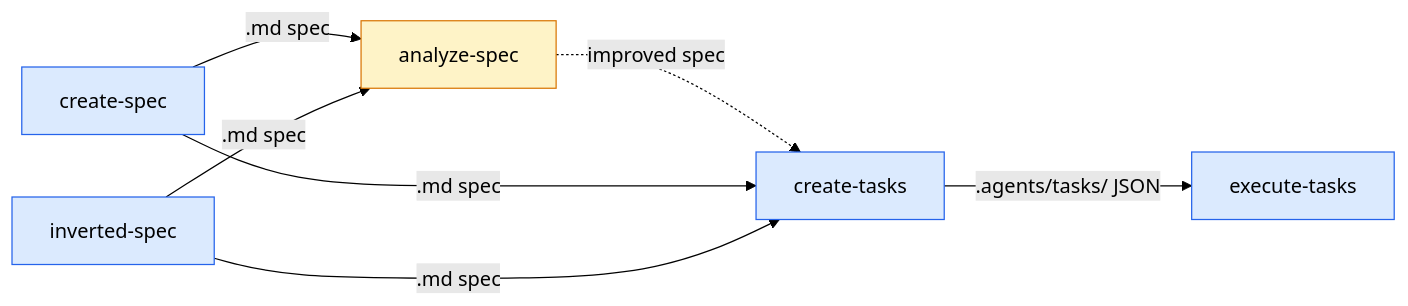
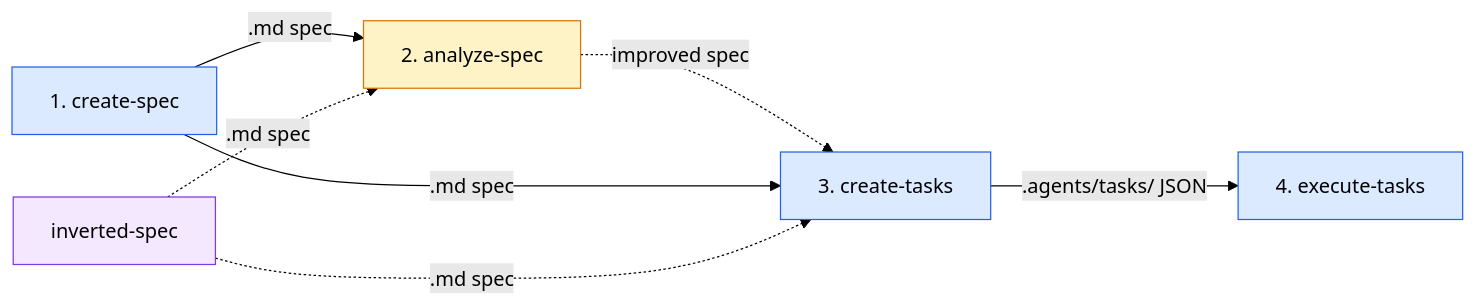
The diagram in skills/sdd/README.md (sequenzia/agent-tools), drawn with Mermaid (forest theme) before and after one commit. The commit also changed other lines of this file and 3 other files, not shown here.

First line of the commit message:
docs(sdd): reframe inverted-spec as supplementary skill

````diff
--- a/skills/sdd/README.md
+++ b/skills/sdd/README.md
@@ -18,12 +15,13 @@
 ```mermaid
 flowchart LR
-    CS["create-spec"]:::primary -->|".md spec"| AS["analyze-spec"]:::warning
-    IS["inverted-spec"]:::primary -->|".md spec"| AS
-    AS -.->|"improved spec"| CT["create-tasks"]:::primary
+    CS["1. create-spec"]:::primary -->|".md spec"| AS["2. analyze-spec"]:::warning
+    AS -.->|"improved spec"| CT["3. create-tasks"]:::primary
     CS -->|".md spec"| CT
-    IS -->|".md spec"| CT
-    CT -->|".agents/tasks/ JSON"| ET["execute-tasks"]:::primary
+    CT -->|".agents/tasks/ JSON"| ET["4. execute-tasks"]:::primary
+    IS["inverted-spec"]:::supplementary -.->|".md spec"| AS
+    IS -.->|".md spec"| CT
 
     classDef primary fill:#dbeafe,stroke:#2563eb,color:#000
     classDef warning fill:#fef3c7,stroke:#d97706,color:#000
+    classDef supplementary fill:#f3e8ff,stroke:#7c3aed,color:#000
 ```
````
